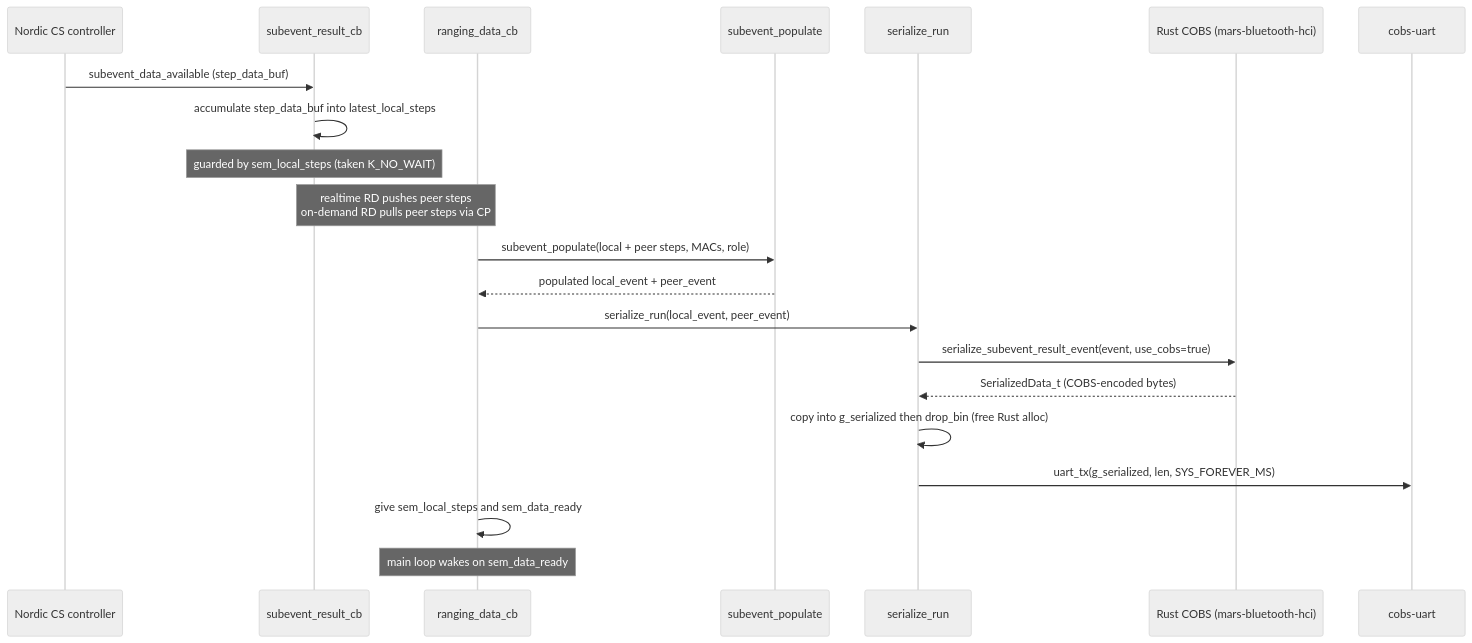
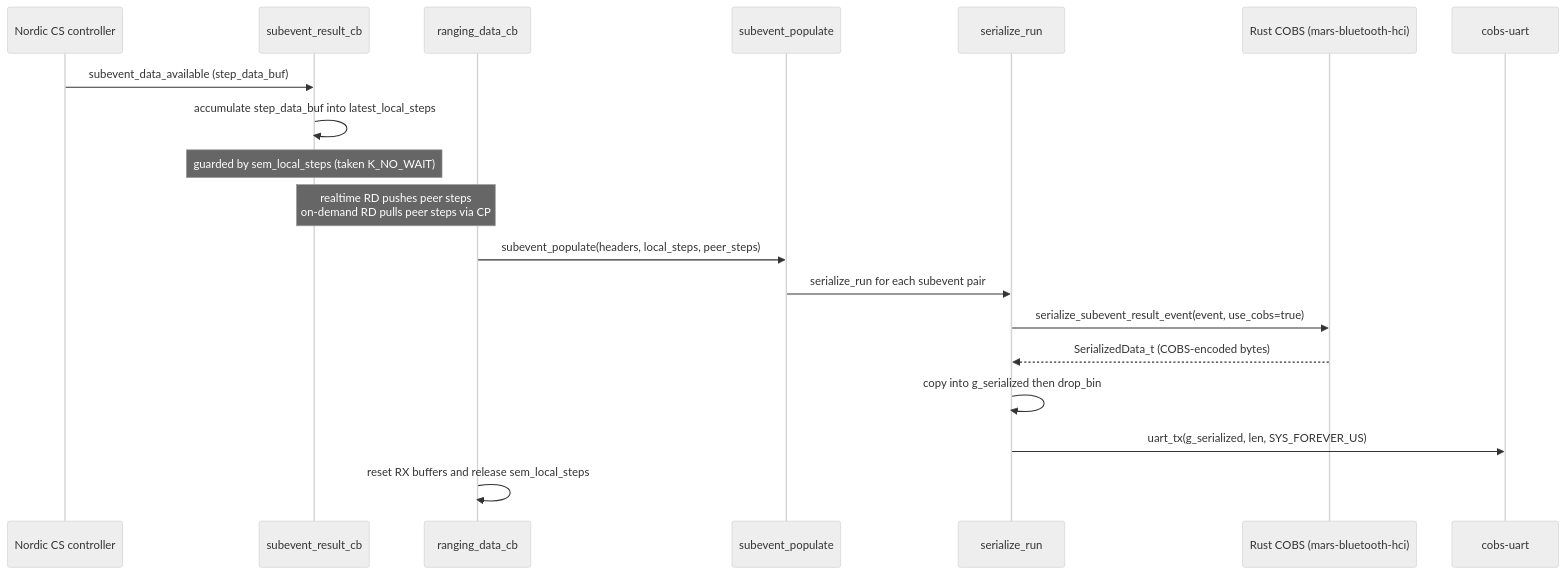
One commit to Metirionic/mars-cs-nrf54l changed the first of 2 diagrams in docs/architecture.md. Above: the diagram before and after it, drawn with Mermaid (neutral theme). The commit also changed other lines of this file and 9 other files, not shown here.

Commit message:
feat: directly send every subevent over uart and enable mode 1 data

````diff
--- a/docs/architecture.md
+++ b/docs/architecture.md
@@ -213,23 +214,21 @@
 ```mermaid
 sequenceDiagram
     participant CTRL as Nordic CS controller
     participant ACC as subevent_result_cb
     participant RAS as ranging_data_cb
     participant POP as subevent_populate
     participant SER as serialize_run
     participant RUST as Rust COBS (mars-bluetooth-hci)
     participant UART as cobs-uart
     CTRL->>ACC: subevent_data_available (step_data_buf)
     ACC->>ACC: accumulate step_data_buf into latest_local_steps
     Note over ACC: guarded by sem_local_steps (taken K_NO_WAIT)
     Note over ACC,RAS: realtime RD pushes peer steps<br/>on-demand RD pulls peer steps via CP
-    RAS->>POP: subevent_populate(local + peer steps, MACs, role)
-    POP-->>RAS: populated local_event + peer_event
-    RAS->>SER: serialize_run(local_event, peer_event)
+    RAS->>POP: subevent_populate(headers, local_steps, peer_steps)
+    POP->>SER: serialize_run for each subevent pair
     SER->>RUST: serialize_subevent_result_event(event, use_cobs=true)
     RUST-->>SER: SerializedData_t (COBS-encoded bytes)
-    SER->>SER: copy into g_serialized then drop_bin (free Rust alloc)
-    SER->>UART: uart_tx(g_serialized, len, SYS_FOREVER_MS)
-    RAS->>RAS: give sem_local_steps and sem_data_ready
-    Note over RAS: main loop wakes on sem_data_ready
+    SER->>SER: copy into g_serialized then drop_bin
+    SER->>UART: uart_tx(g_serialized, len, SYS_FOREVER_US)
+    RAS->>RAS: reset RX buffers and release sem_local_steps
 ```
````
